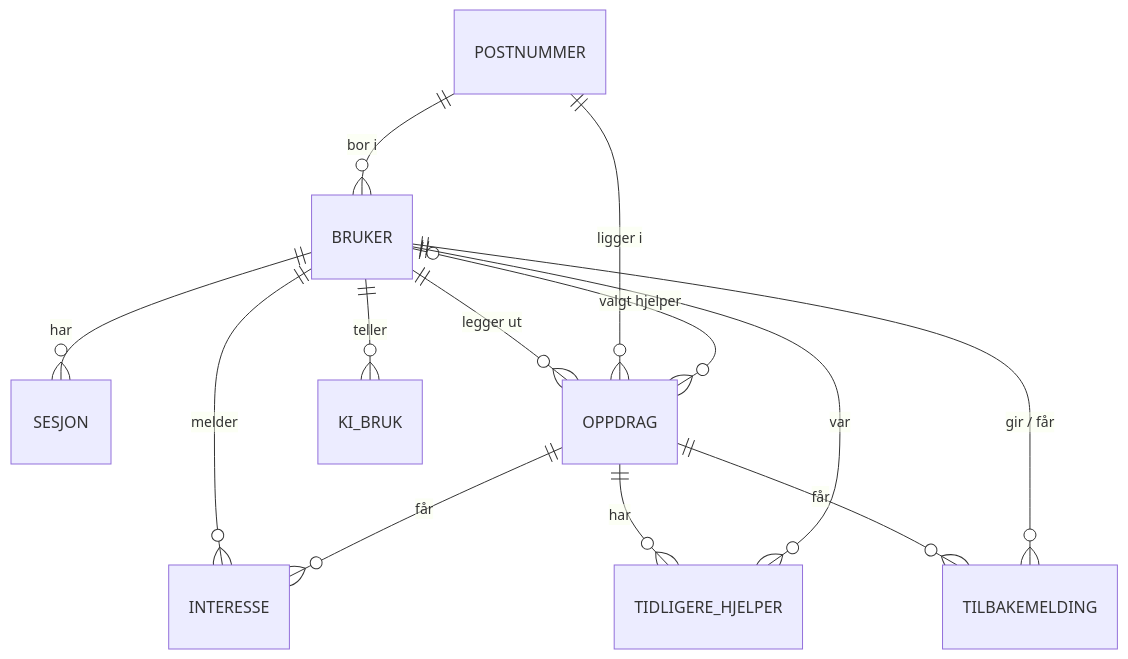
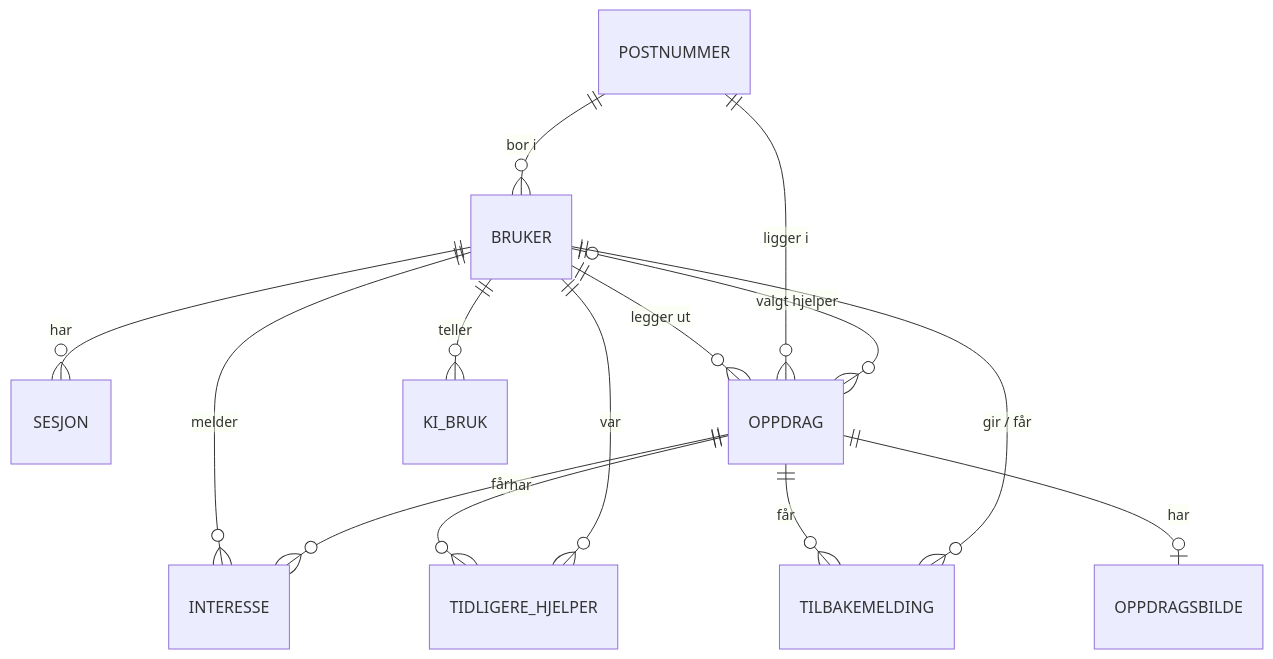
The third of 3 diagrams in _bmad-output/planning-artifacts/architecture/architecture-G22-bernardo-kverno-moystad-nguyen-2026-11-08/ARCHITECTURE-SPINE.md (IBE160-2026/G22-bernardo-kverno-moystad-nguyen), drawn with Mermaid before and after one commit. The commit also changed other lines of this file and 3 other files, not shown here.

````diff
--- a/_bmad-output/planning-artifacts/architecture/architecture-G22-bernardo-kverno-moystad-nguyen-2026-11-08/ARCHITECTURE-SPINE.md
+++ b/_bmad-output/planning-artifacts/architecture/architecture-G22-bernardo-kverno-moystad-nguyen-2026-11-08/ARCHITECTURE-SPINE.md
@@ -381,15 +400,16 @@
 ```mermaid
 erDiagram
   BRUKER ||--o{ SESJON : har
   BRUKER ||--o{ OPPDRAG : "legger ut"
   BRUKER ||--o{ INTERESSE : melder
   OPPDRAG ||--o{ INTERESSE : får
   OPPDRAG }o--o| BRUKER : "valgt hjelper"
   OPPDRAG ||--o{ TIDLIGERE_HJELPER : har
   BRUKER ||--o{ TIDLIGERE_HJELPER : var
   OPPDRAG ||--o{ TILBAKEMELDING : får
+  OPPDRAG ||--o| OPPDRAGSBILDE : har
   BRUKER ||--o{ TILBAKEMELDING : "gir / får"
   POSTNUMMER ||--o{ BRUKER : "bor i"
   POSTNUMMER ||--o{ OPPDRAG : "ligger i"
   BRUKER ||--o{ KI_BRUK : teller
 ```
````
